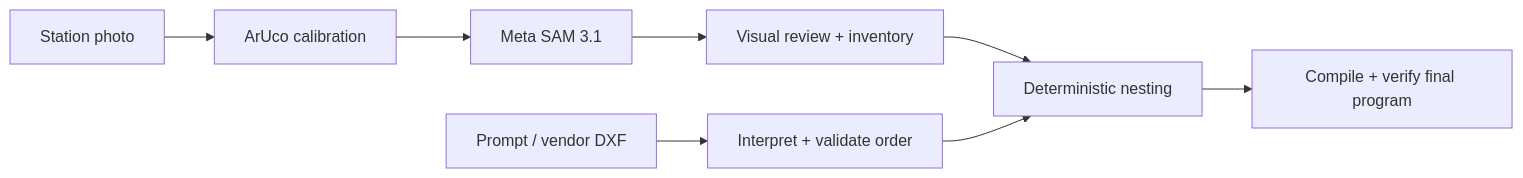
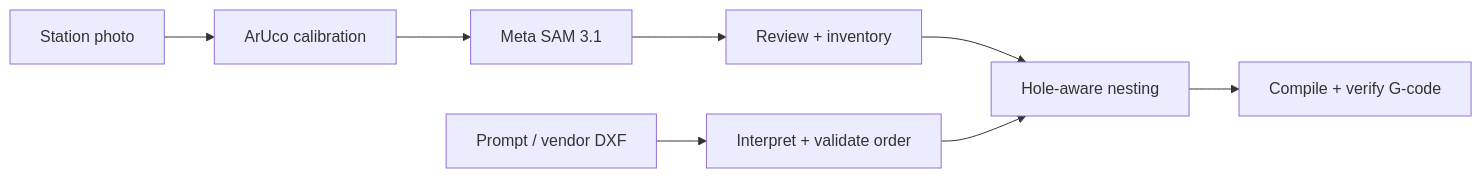
Before and after one commit to nikunjtrehan/remnant-x: the diagram in README.md, drawn with Mermaid. The commit also changed other lines of this file and 6 other files, not shown here.

Commit message:
docs: explain system architecture and rename engineering decisions site

````diff
--- a/README.md
+++ b/README.md
@@ -97,10 +98,10 @@
 ```mermaid
 flowchart LR
     Photo["Station photo"] --> Calibration["ArUco calibration"]
     Calibration --> SAM["Meta SAM 3.1"]
-    SAM --> Review["Visual review + inventory"]
+    SAM --> Review["Review + inventory"]
     Request["Prompt / vendor DXF"] --> Order["Interpret + validate order"]
-    Review --> Nest["Deterministic nesting"]
+    Review --> Nest["Hole-aware nesting"]
     Order --> Nest
-    Nest --> Output["Compile + verify final program"]
+    Nest --> Output["Compile + verify G-code"]
 ```
````
